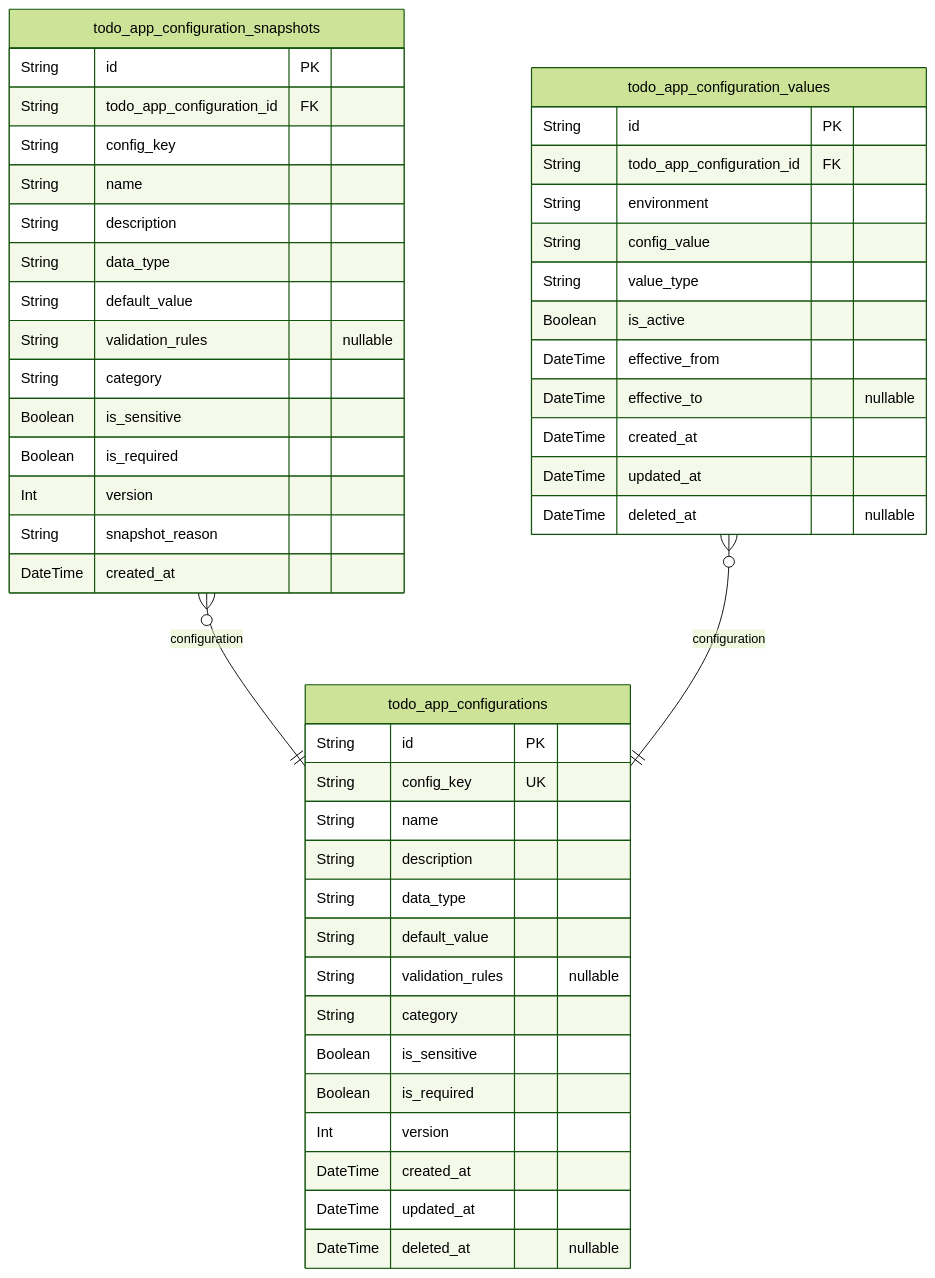
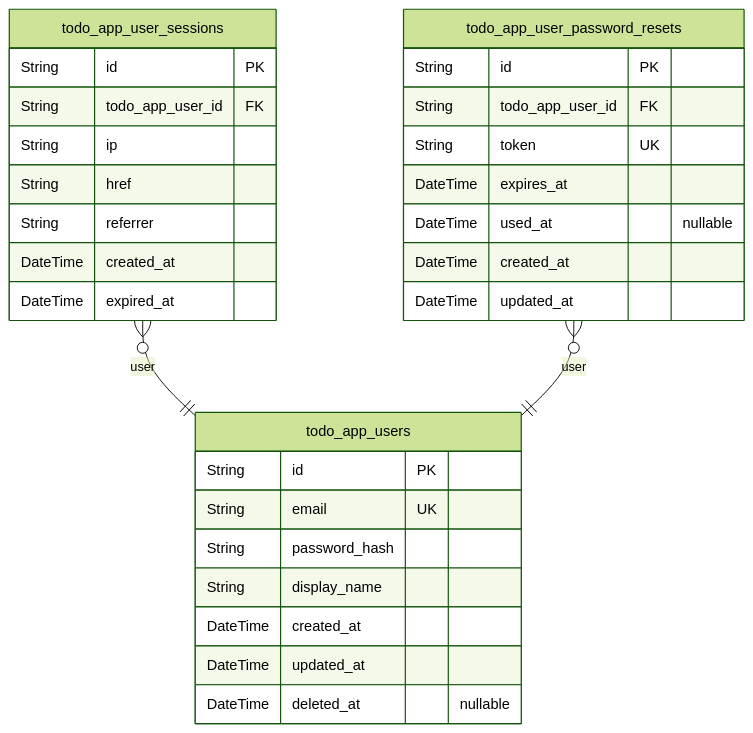
The first of 5 diagrams in deepseek/deepseek-v3.1-terminus-exacto/todo/docs/ERD.md (wrtnlabs/autobe-examples), drawn with Mermaid (forest theme) before and after one commit. The commit also changed other lines of this file and 9391 other files, not shown here.

````diff
--- a/deepseek/deepseek-v3.1-terminus-exacto/todo/docs/ERD.md
+++ b/deepseek/deepseek-v3.1-terminus-exacto/todo/docs/ERD.md
@@ -12,50 +13,32 @@
 ```mermaid
 erDiagram
-"todo_app_configurations" {
+"todo_app_users" {
   String id PK
-  String config_key UK
-  String name
-  String description
-  String data_type
-  String default_value
-  String validation_rules "nullable"
-  String category
-  Boolean is_sensitive
-  Boolean is_required
-  Int version
+  String email UK
+  String password_hash
+  String display_name
   DateTime created_at
   DateTime updated_at
   DateTime deleted_at "nullable"
 }
-"todo_app_configuration_snapshots" {
+"todo_app_user_sessions" {
   String id PK
-  String todo_app_configuration_id FK
-  String config_key
-  String name
-  String description
-  String data_type
-  String default_value
-  String validation_rules "nullable"
-  String category
-  Boolean is_sensitive
-  Boolean is_required
-  Int version
-  String snapshot_reason
+  String todo_app_user_id FK
+  String ip
+  String href
+  String referrer
   DateTime created_at
+  DateTime expired_at
 }
-"todo_app_configuration_values" {
+"todo_app_user_password_resets" {
   String id PK
-  String todo_app_configuration_id FK
-  String environment
-  String config_value
-  String value_type
-  Boolean is_active
-  DateTime effective_from
-  DateTime effective_to "nullable"
+  String todo_app_user_id FK
+  String token UK
+  DateTime expires_at
+  DateTime used_at "nullable"
   DateTime created_at
   DateTime updated_at
-  DateTime deleted_at "nullable"
 }
-"todo_app_configuration_snapshots" }o--|| "todo_app_configurations" : configuration
-"todo_app_configuration_values" }o--|| "todo_app_configurations" : configuration
+"todo_app_user_sessions" }o--|| "todo_app_users" : user
+"todo_app_user_password_resets" }o--|| "todo_app_users" : user
 ```
````
